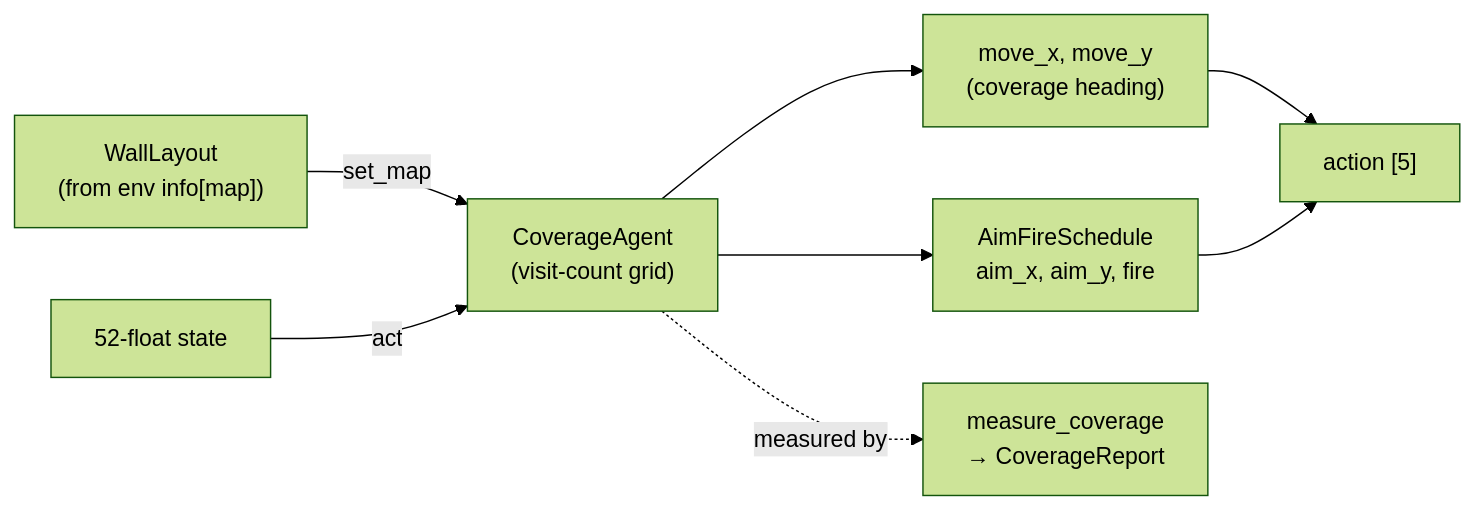
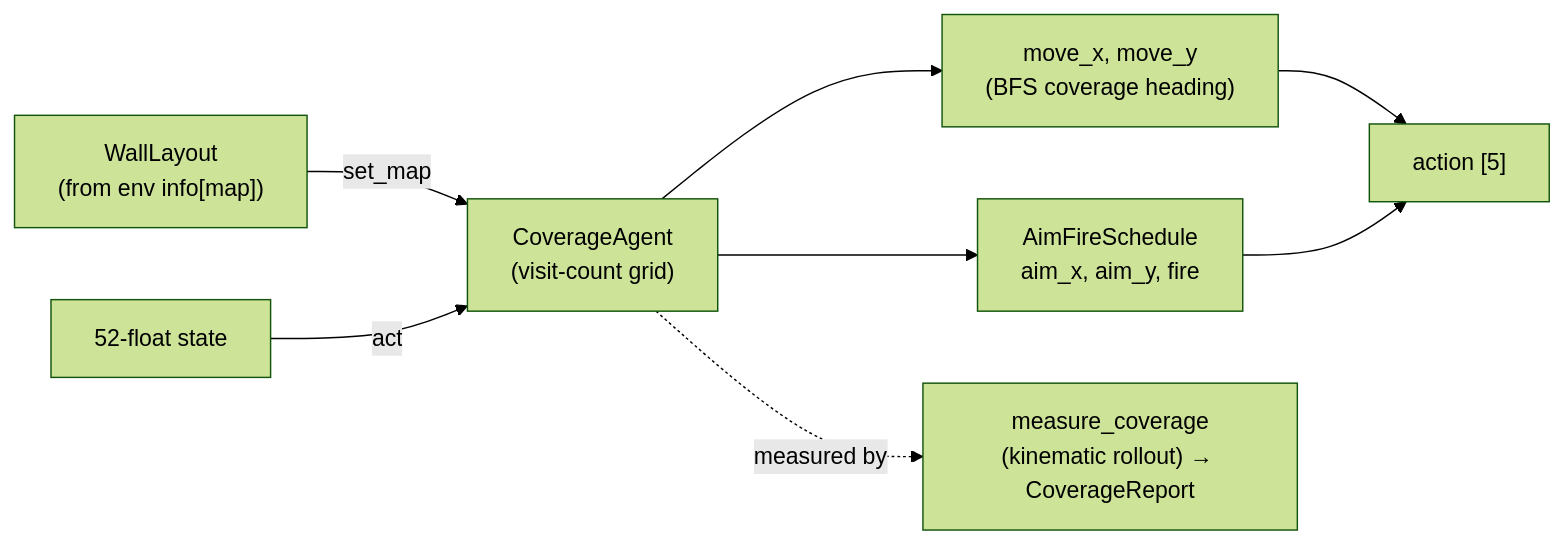
The first of 2 diagrams in docs/components/agents.md (urciuolim/TankTwinStickShooter), drawn with Mermaid (forest theme) before and after one commit. The commit also changed other lines of this file and 11 other files, not shown here.

First line of the commit message:
docs: readability pass -- concept-first pages, mermaid diagrams, code-links; repair drift

````diff
--- a/docs/components/agents.md
+++ b/docs/components/agents.md
@@ -204,10 +33,10 @@
 ```mermaid
 graph LR
-    layout["WallLayout<br/>(from env info[map])"] -->|set_map| cov["CoverageAgent<br/>(visit-count grid)"]
-    state["52-float state"] -->|act| cov
-    cov --> mov["move_x, move_y<br/>(coverage heading)"]
+    layout["WallLayout<br/>(from env info[map])"] -->|"set_map"| cov["CoverageAgent<br/>(visit-count grid)"]
+    state["52-float state"] -->|"act"| cov
+    cov --> mov["move_x, move_y<br/>(BFS coverage heading)"]
     cov --> aimfire["AimFireSchedule<br/>aim_x, aim_y, fire"]
     mov --> action["action [5]"]
     aimfire --> action
-    cov -.measured by.-> harness["measure_coverage<br/>→ CoverageReport"]
+    cov -.->|"measured by"| harness["measure_coverage<br/>(kinematic rollout) → CoverageReport"]
 ```
````
